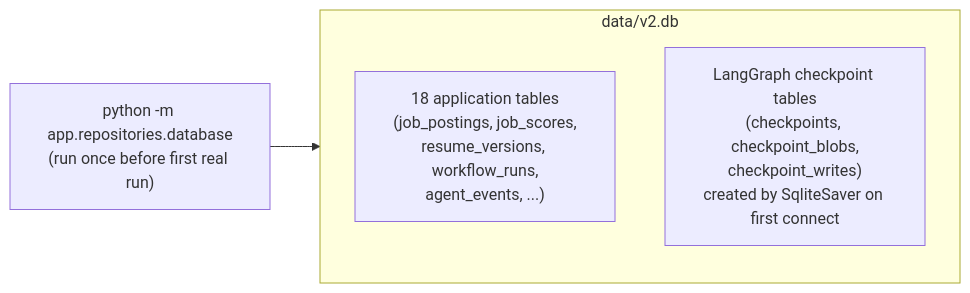
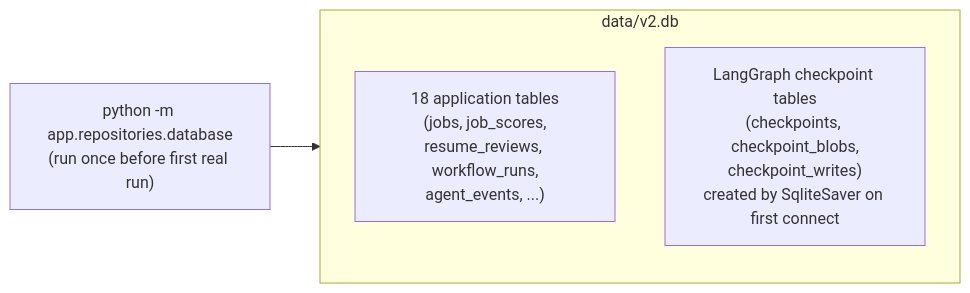
One commit to suthrams/jobsearchagent-v2 changed the fourth of 4 diagrams in docs/architecture/phases/phase-7-live-agents.md. Above: the diagram before and after it, drawn with Mermaid. The commit also changed other lines of this file and 51 other files, not shown here.

````diff
--- a/docs/architecture/phases/phase-7-live-agents.md
+++ b/docs/architecture/phases/phase-7-live-agents.md
@@ -379,8 +379,8 @@
 ```mermaid
 flowchart LR
     INIT["python -m app.repositories.database\n(run once before first real run)"] --> TABLES
     subgraph TABLES["data/v2.db"]
-        APP["18 application tables\n(job_postings, job_scores,\nresume_versions, workflow_runs,\nagent_events, ...)"]
+        APP["18 application tables\n(jobs, job_scores,\nresume_reviews, workflow_runs,\nagent_events, ...)"]
         LG["LangGraph checkpoint tables\n(checkpoints, checkpoint_blobs,\ncheckpoint_writes)\ncreated by SqliteSaver on first connect"]
     end
 ```
````
